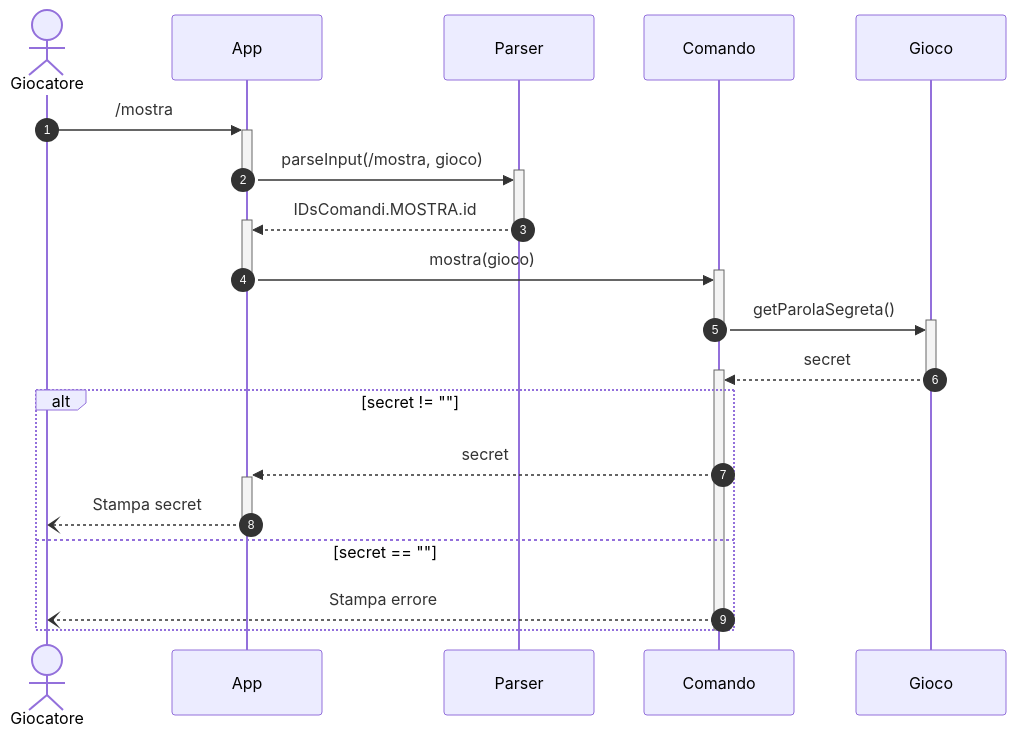
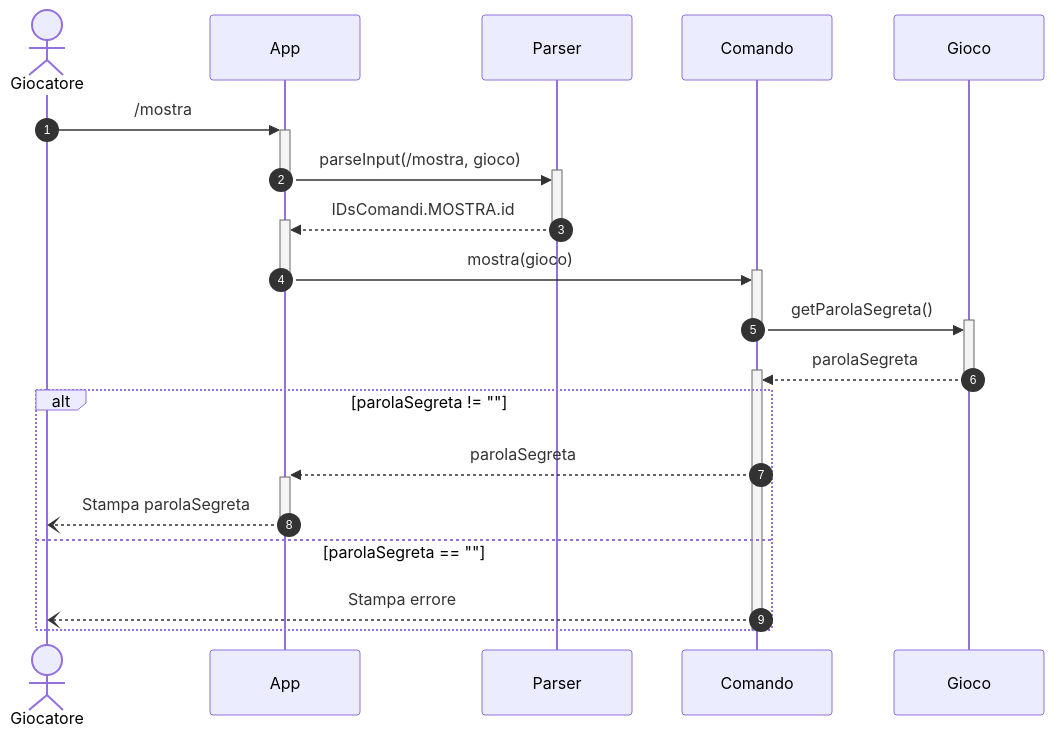
Before and after one commit to softeng2122-inf-uniba/progetto2122-pearl: the third of 8 diagrams in docs/Report.md, drawn with Mermaid. The commit also changed other lines of this file, not shown here.

````diff
--- a/docs/Report.md
+++ b/docs/Report.md
@@ -188,29 +211,29 @@
 ```mermaid
     sequenceDiagram
         autonumber
         actor Giocatore
         participant App
         participant Parser
         participant Comando
         participant Gioco
 
         Giocatore->>+App: /mostra
         App->>+Parser: parseInput(/mostra, gioco)
         deactivate App
         Parser-->>+App: IDsComandi.MOSTRA.id
         deactivate Parser
         App->>+Comando: mostra(gioco)
         deactivate App
         Comando->>+Gioco: getParolaSegreta()
         deactivate Comando
-        Gioco-->>+Comando: secret
+        Gioco-->>+Comando: parolaSegreta
         deactivate Gioco
-        alt secret != ""
-            Comando-->>+App: secret
-            App--)Giocatore: Stampa secret
+        alt parolaSegreta != ""
+            Comando-->>+App: parolaSegreta
+            App--)Giocatore: Stampa parolaSegreta
             deactivate App
-        else secret == ""
+        else parolaSegreta == ""
             Comando--)Giocatore: Stampa errore
         end
         deactivate Comando
 ```
````
